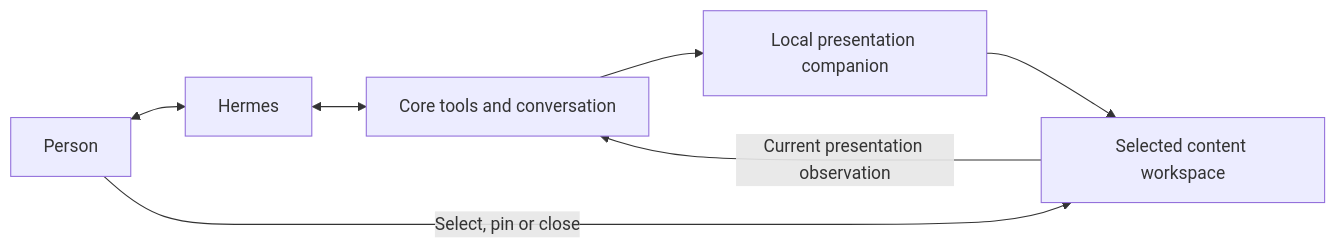
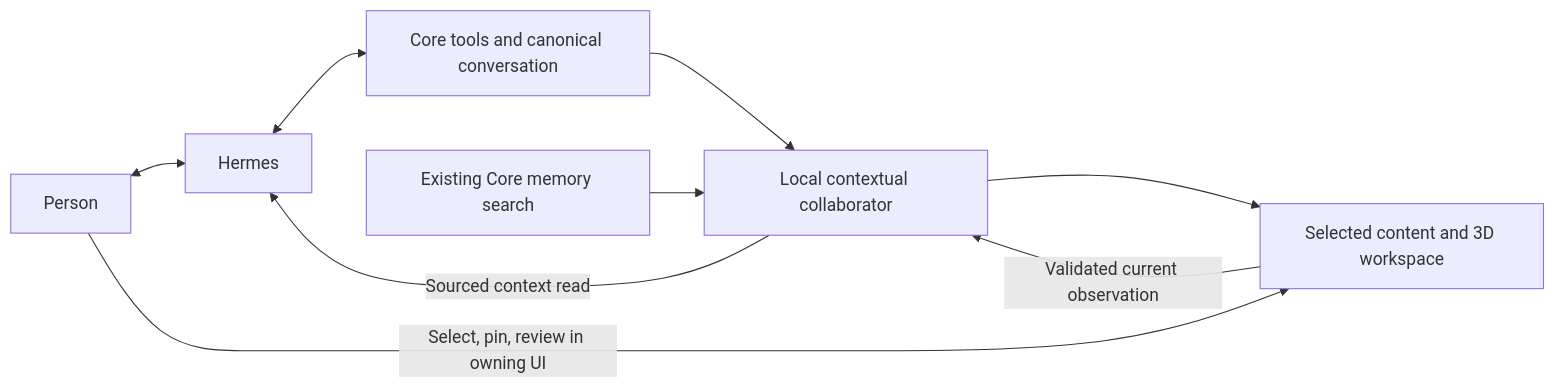
Before and after one commit to WindriderQc/AgentX: the diagram in docs/CONTEXTUAL_PRESENTATION.md, drawn with Mermaid. The commit also changed other lines of this file and 21 other files, not shown here.

Commit message:
Complete local collaboration with sourced research, live context and human review

````diff
--- a/docs/CONTEXTUAL_PRESENTATION.md
+++ b/docs/CONTEXTUAL_PRESENTATION.md
@@ -11,9 +10,11 @@
 ```mermaid
 flowchart LR
-    Person <--> Hermes
-    Hermes <--> Core[Core tools and conversation]
-    Core --> Companion[Local presentation companion]
-    Companion --> Workspace[Selected content workspace]
-    Workspace -->|Current presentation observation| Core
-    Person -->|Select, pin or close| Workspace
+  Person <--> Hermes
+  Hermes <--> Core[Core tools and canonical conversation]
+  Core --> Local[Local contextual collaborator]
+  Local --> Workspace[Selected content and 3D workspace]
+  Memory[Existing Core memory search] --> Local
+  Workspace -->|Validated current observation| Local
+  Local -->|Sourced context read| Hermes
+  Person -->|Select, pin, review in owning UI| Workspace
 ```
````
